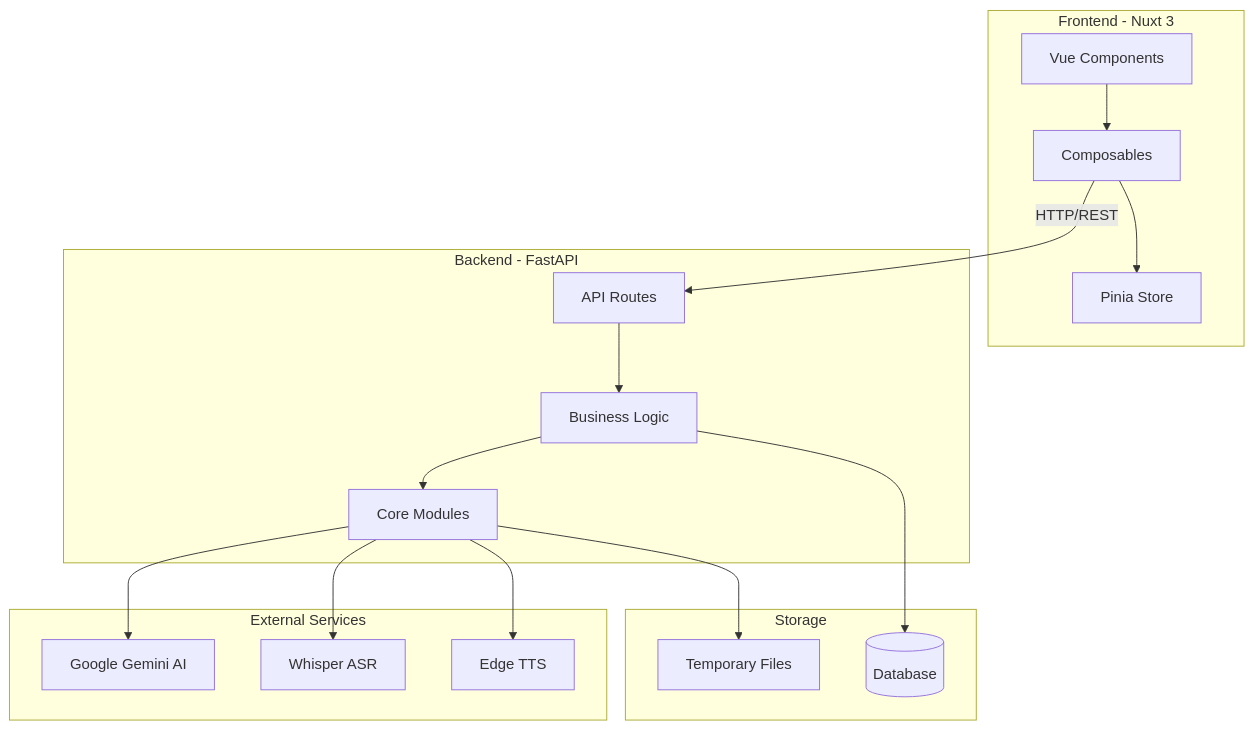
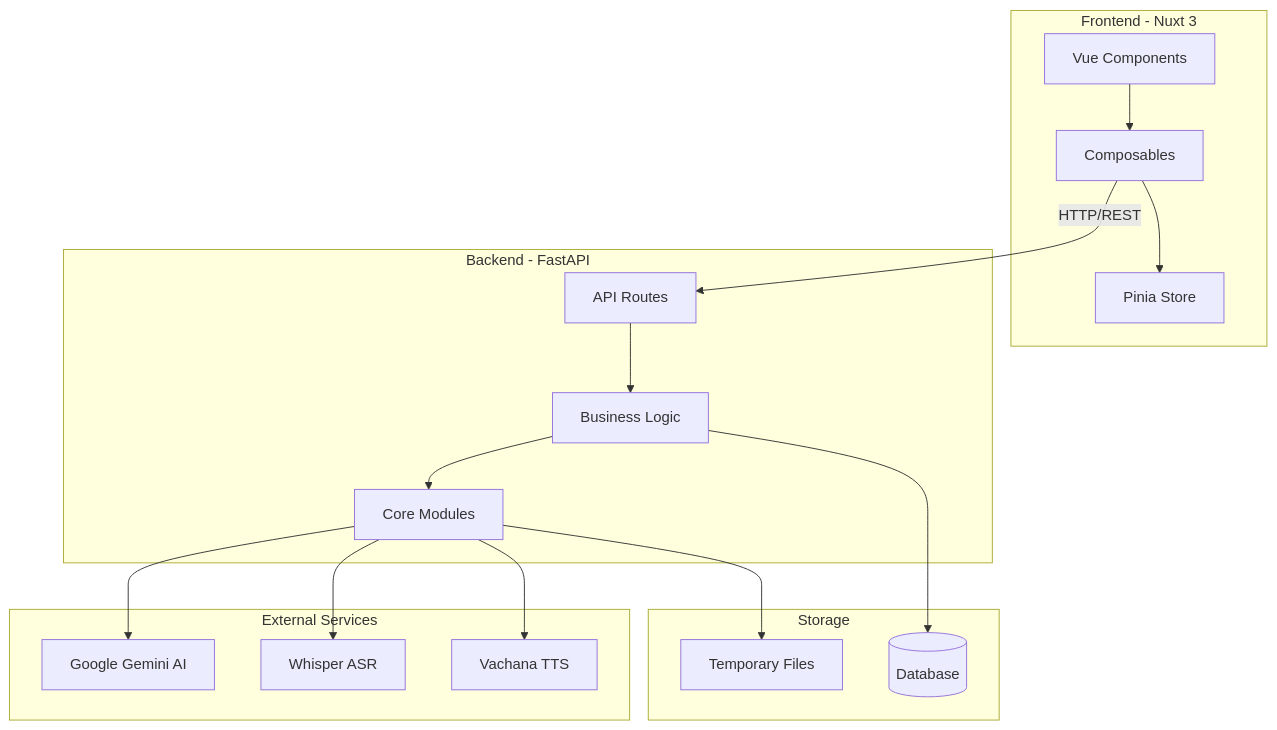
One commit to folknawatt/ai-interview changed the first of 4 diagrams in docs/architecture/overview.md. Above: the diagram before and after it, drawn with Mermaid. The commit also changed other lines of this file and 8 other files, not shown here.

````diff
--- a/docs/architecture/overview.md
+++ b/docs/architecture/overview.md
@@ -7,37 +7,37 @@
 ```mermaid
 graph TB
     subgraph "Frontend - Nuxt 3"
         UI[Vue Components]
         Store[Pinia Store]
         Composables[Composables]
         UI --> Composables
         Composables --> Store
     end
 
     subgraph "Backend - FastAPI"
         API[API Routes]
         Services[Business Logic]
         Core[Core Modules]
 
         API --> Services
         Services --> Core
     end
 
     subgraph "External Services"
         Gemini[Google Gemini AI]
         Whisper[Whisper ASR]
-        TTS[Edge TTS]
+        TTS[Vachana TTS]
     end
 
     subgraph "Storage"
         TempStorage[Temporary Files]
         Database[(Database)]
     end
 
     Composables -->|HTTP/REST| API
     Core --> Gemini
     Core --> Whisper
     Core --> TTS
     Services --> Database
     Core --> TempStorage
 ```
````
